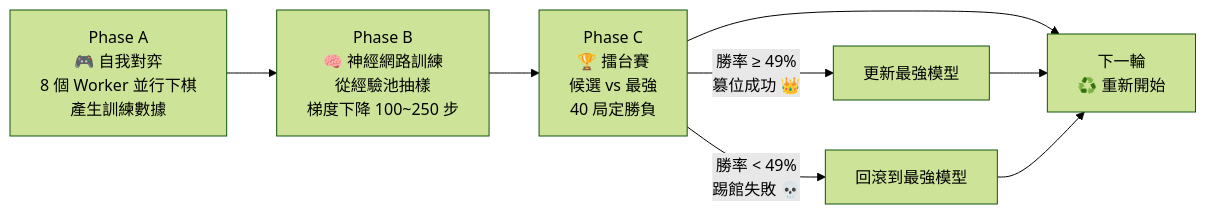
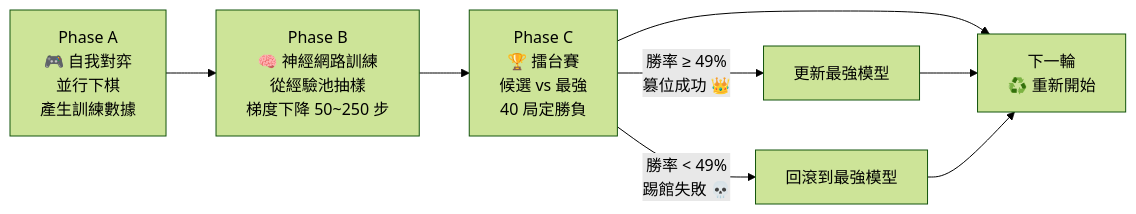
The second of 2 diagrams in README.md (Rafu2102/GomokuAlphaZero), drawn with Mermaid (forest theme) before and after one commit. The commit also changed other lines of this file and 10 other files, not shown here.

````diff
--- a/README.md
+++ b/README.md
@@ -211,12 +212,12 @@
 ```mermaid
 flowchart LR
-    A["Phase A<br/>🎮 自我對弈<br/>8 個 Worker 並行下棋<br/>產生訓練數據"] 
-    --> B["Phase B<br/>🧠 神經網路訓練<br/>從經驗池抽樣<br/>梯度下降 100~250 步"]
+    A["Phase A<br/>🎮 自我對弈<br/>並行下棋<br/>產生訓練數據"] 
+    --> B["Phase B<br/>🧠 神經網路訓練<br/>從經驗池抽樣<br/>梯度下降 50~250 步"]
     --> C["Phase C<br/>🏆 擂台賽<br/>候選 vs 最強<br/>40 局定勝負"]
     --> D["下一輪<br/>♻️ 重新開始"]
     
     C -- "勝率 ≥ 49%<br/>篡位成功 👑" --> E["更新最強模型"]
     C -- "勝率 < 49%<br/>踢館失敗 💀" --> F["回滾到最強模型"]
     E --> D
     F --> D
 ```
````
